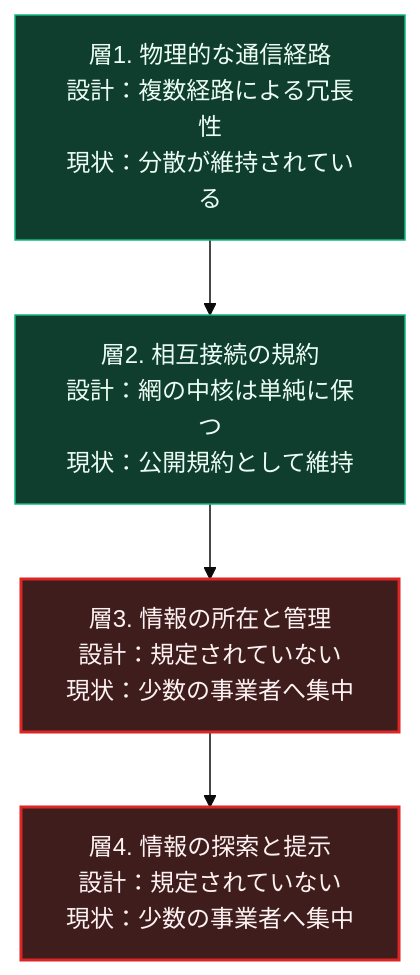
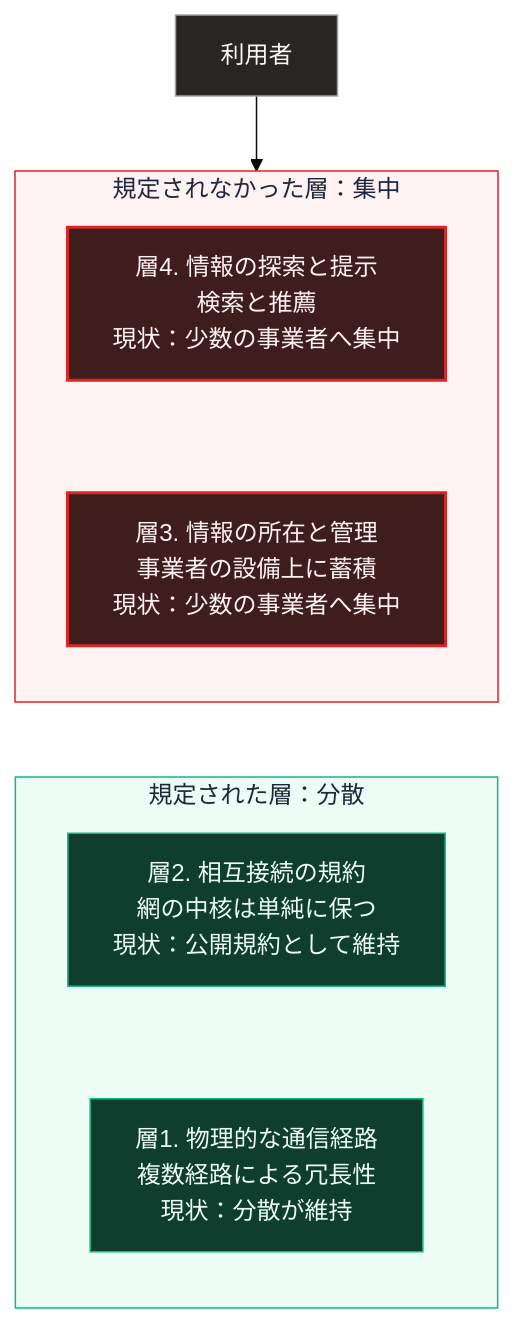
The diagram in books/sovereign-resilience-blueprint/internet-history.md (Takenori-Kusaka/zenn-content), drawn with Mermaid (base theme) before and after one commit. The commit also changed other lines of this file and 114 other files, not shown here.

````diff
--- a/books/sovereign-resilience-blueprint/internet-history.md
+++ b/books/sovereign-resilience-blueprint/internet-history.md
@@ -59,12 +59,22 @@
 ```mermaid
 flowchart TD
-    L1[層1. 物理的な通信経路<br>設計：複数経路による冗長性<br>現状：分散が維持されている]
-    L1 --> L2[層2. 相互接続の規約<br>設計：網の中核は単純に保つ<br>現状：公開規約として維持]
-    L2 --> L3[層3. 情報の所在と管理<br>設計：規定されていない<br>現状：少数の事業者へ集中]
-    L3 --> L4[層4. 情報の探索と提示<br>設計：規定されていない<br>現状：少数の事業者へ集中]
+    U[利用者]
+    U --> GU
+    subgraph GU[規定されなかった層：集中]
+        direction TB
+        L4[層4. 情報の探索と提示<br>検索と推薦<br>現状：少数の事業者へ集中] ~~~ L3[層3. 情報の所在と管理<br>事業者の設備上に蓄積<br>現状：少数の事業者へ集中]
+    end
+    subgraph GD[規定された層：分散]
+        direction TB
+        L2[層2. 相互接続の規約<br>網の中核は単純に保つ<br>現状：公開規約として維持] ~~~ L1[層1. 物理的な通信経路<br>複数経路による冗長性<br>現状：分散が維持]
+    end
+    L3 ~~~ L2
 
+    style U fill:#292524,stroke:#a8a29e,color:#fafaf9
+    style GU fill:#fef2f2,stroke:#dc2626,color:#1e293b
+    style GD fill:#ecfdf5,stroke:#10b981,color:#1e293b
+    style L4 fill:#3f1d1d,stroke:#dc2626,stroke-width:2px,color:#fef2f2
+    style L3 fill:#3f1d1d,stroke:#dc2626,stroke-width:2px,color:#fef2f2
+    style L2 fill:#0f3d2e,stroke:#10b981,color:#ecfdf5
     style L1 fill:#0f3d2e,stroke:#10b981,color:#ecfdf5
-    style L2 fill:#0f3d2e,stroke:#10b981,color:#ecfdf5
-    style L3 fill:#3f1d1d,stroke:#dc2626,stroke-width:2px,color:#fef2f2
-    style L4 fill:#3f1d1d,stroke:#dc2626,stroke-width:2px,color:#fef2f2
 ```
````
